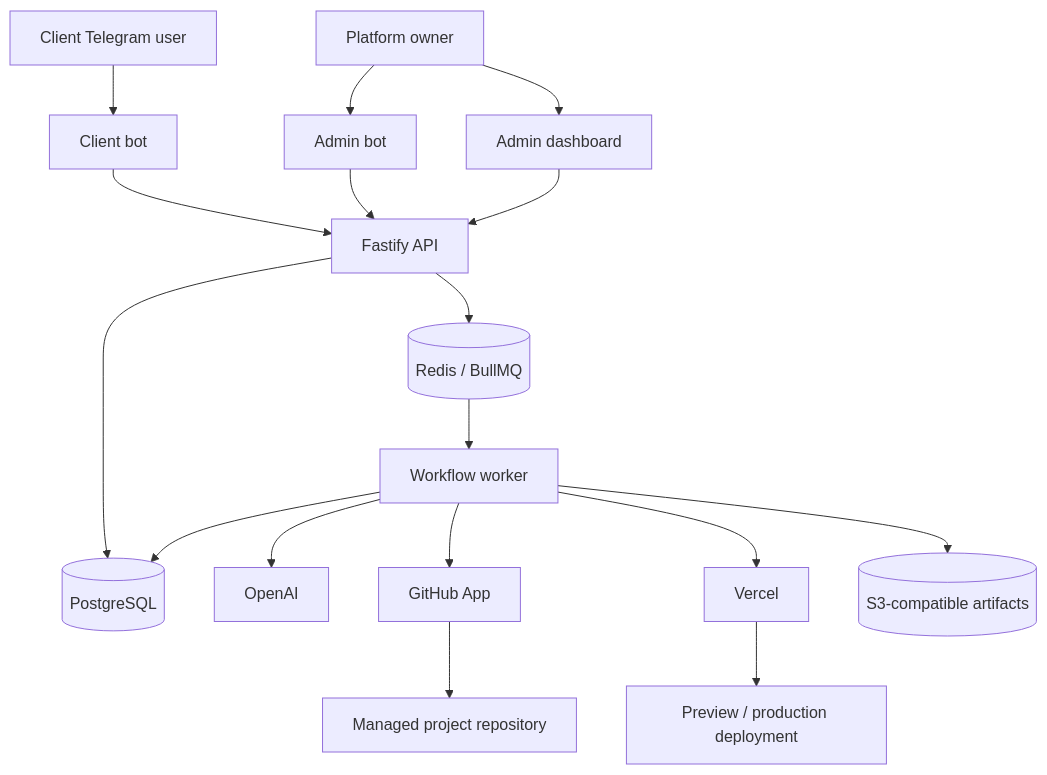
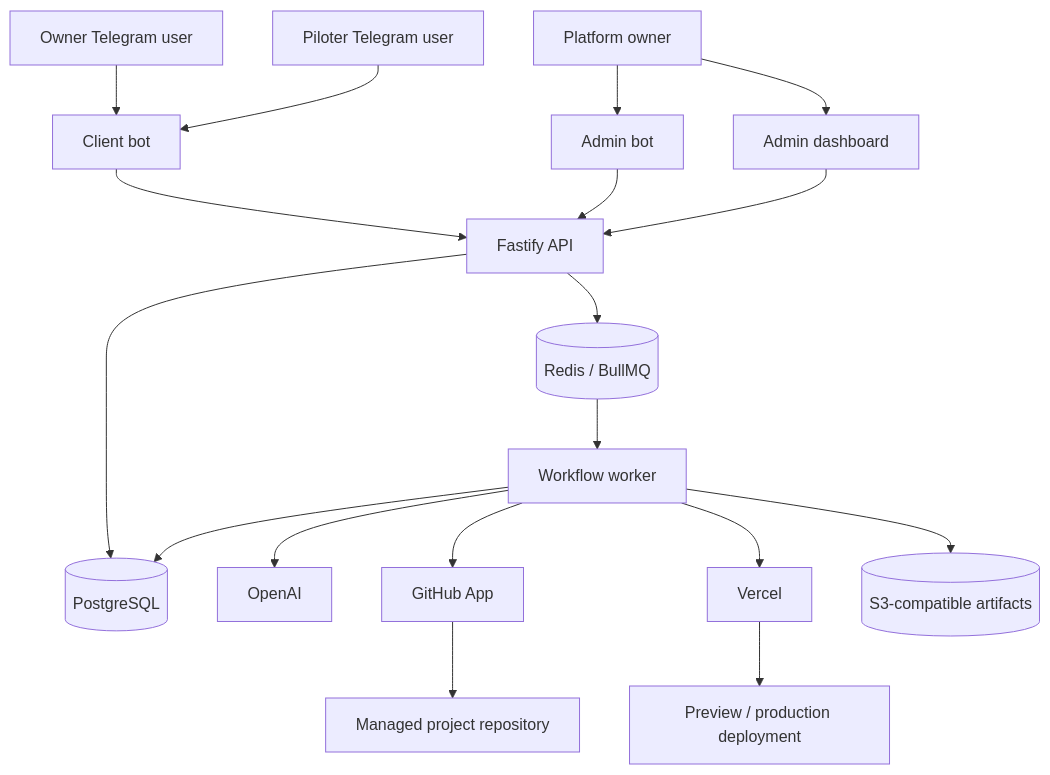
One commit to arrobabeto/binflow changed the diagram in docs/ARCHITECTURE.md. Above: the diagram before and after it, drawn with Mermaid. The commit also changed other lines of this file and 120 other files, not shown here.

````diff
--- a/docs/ARCHITECTURE.md
+++ b/docs/ARCHITECTURE.md
@@ -11,19 +11,20 @@
 ```mermaid
 flowchart TD
-    Client["Client Telegram user"] --> ClientBot["Client bot"]
+    Owner["Owner Telegram user"] --> ClientBot["Client bot"]
+    Piloter["Piloter Telegram user"] --> ClientBot
     Admin["Platform owner"] --> AdminBot["Admin bot"]
     Admin --> Dashboard["Admin dashboard"]
     ClientBot --> API["Fastify API"]
     AdminBot --> API
     Dashboard --> API
     API --> DB[("PostgreSQL")]
     API --> Queue[("Redis / BullMQ")]
     Queue --> Worker["Workflow worker"]
     Worker --> DB
     Worker --> OpenAI["OpenAI"]
     Worker --> GitHub["GitHub App"]
     Worker --> Vercel["Vercel"]
     Worker --> Artifacts[("S3-compatible artifacts")]
     GitHub --> Webbin["Managed project repository"]
     Vercel --> Preview["Preview / production deployment"]
 ```
````
